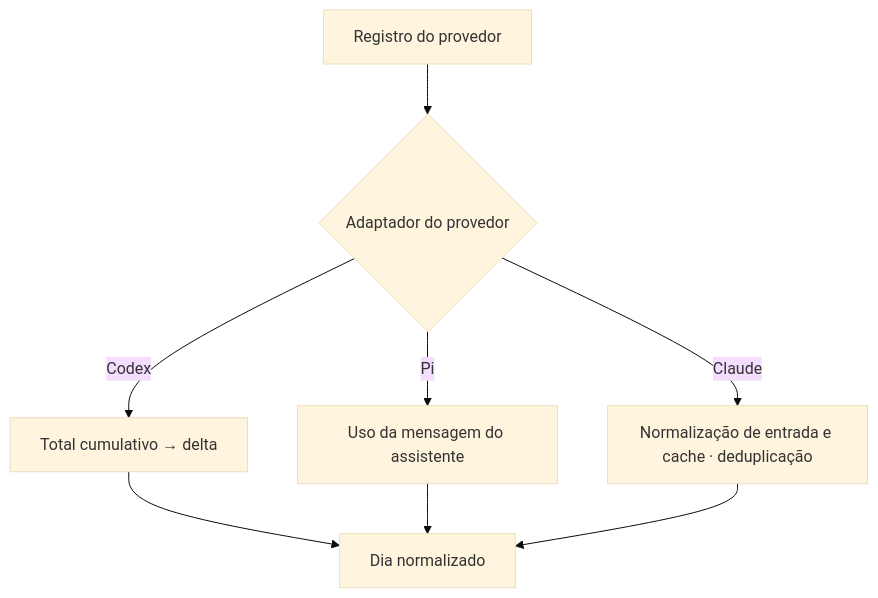
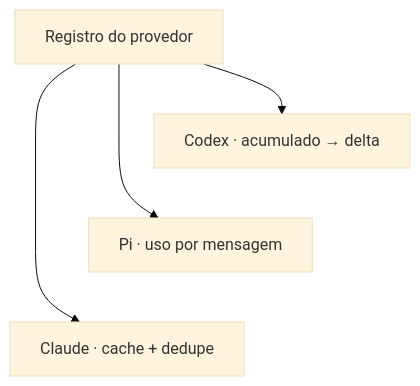
The second of 3 diagrams in web/content/blog/agent-token-usage-as-a-first-class-stat.pt-BR.mdx (ErickCReis/ErickCReis), drawn with Mermaid (base theme) before and after one commit. The commit also changed other lines of this file and 21 other files, not shown here.

First line of the commit message:
Improve Mermaid diagram readability across blog posts

````diff
--- a/web/content/blog/agent-token-usage-as-a-first-class-stat.pt-BR.mdx
+++ b/web/content/blog/agent-token-usage-as-a-first-class-stat.pt-BR.mdx
@@ -54,10 +55,7 @@
 ```mermaid center
 flowchart TB
-  Raw["Registro do provedor"] --> Adapter{"Adaptador do provedor"}
-  Adapter -->|Codex| Delta["Total cumulativo → delta"]
-  Adapter -->|Pi| Message["Uso da mensagem do assistente"]
-  Adapter -->|Claude| Cache["Normalização de entrada e cache · deduplicação"]
-  Delta --> Day["Dia normalizado"]
-  Message --> Day
-  Cache --> Day
+  Record["Registro do provedor"] --> Codex["Codex · acumulado → delta"]
+  Record --> Pi["Pi · uso por mensagem"]
+  Record --> Claude["Claude · cache + dedupe"]
+  Codex ~~~ Pi ~~~ Claude
 ```
````
